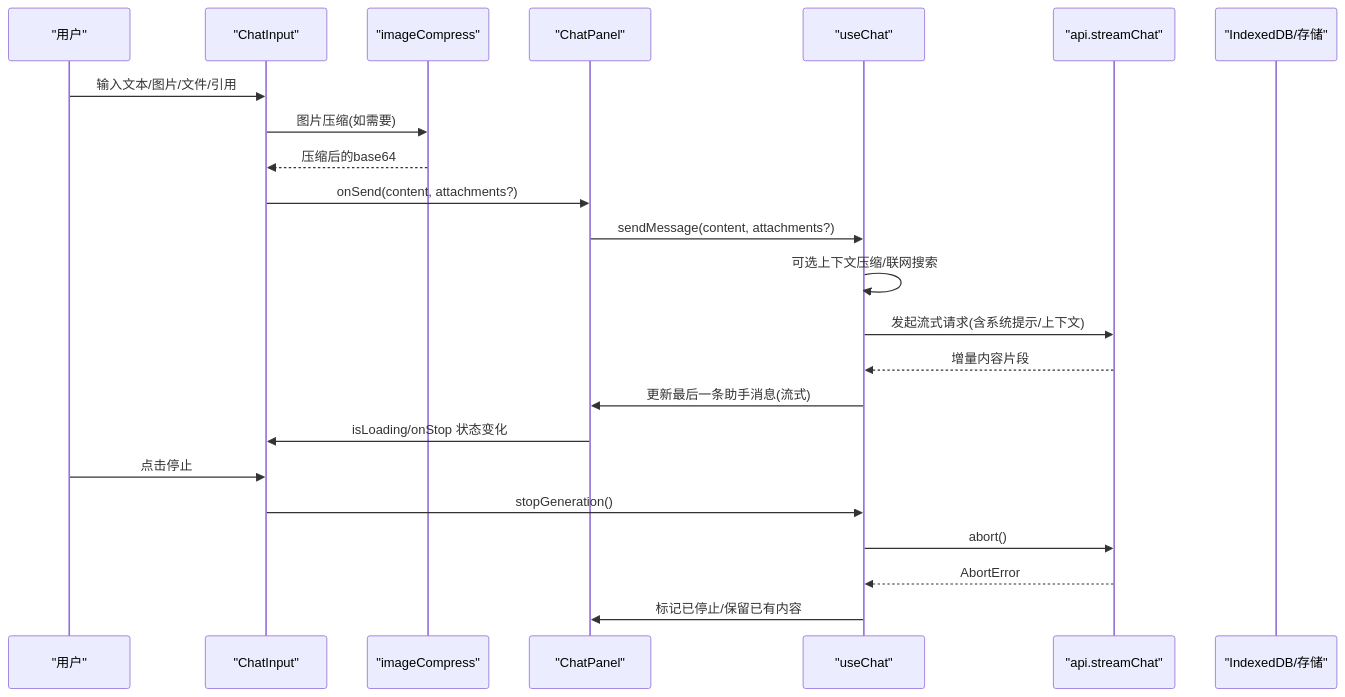
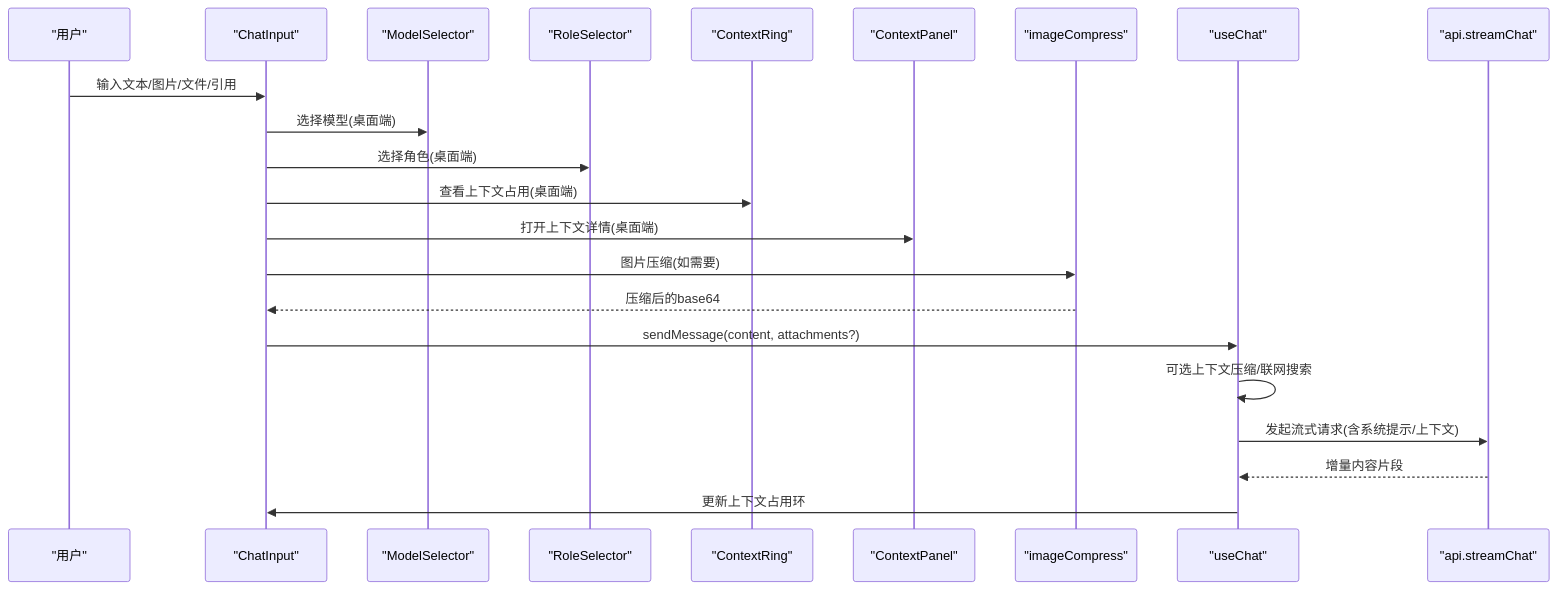
Before and after one commit to billye220670/AIShop: the second of 5 diagrams in .qoder/repowiki/zh/content/聊天模块/聊天输入组件.md, drawn with Mermaid. The commit also changed other lines of this file and 99 other files, not shown here.

````diff
--- a/.qoder/repowiki/zh/content/聊天模块/聊天输入组件.md
+++ b/.qoder/repowiki/zh/content/聊天模块/聊天输入组件.md
@@ -106,25 +141,24 @@
 ```mermaid
 sequenceDiagram
 participant U as "用户"
 participant CI as "ChatInput"
+participant MS as "ModelSelector"
+participant RS as "RoleSelector"
+participant CR as "ContextRing"
+participant CP as "ContextPanel"
 participant IC as "imageCompress"
-participant CP as "ChatPanel"
 participant UC as "useChat"
 participant API as "api.streamChat"
-participant DB as "IndexedDB/存储"
 U->>CI : 输入文本/图片/文件/引用
+CI->>MS : 选择模型(桌面端)
+CI->>RS : 选择角色(桌面端)
+CI->>CR : 查看上下文占用(桌面端)
+CI->>CP : 打开上下文详情(桌面端)
 CI->>IC : 图片压缩(如需要)
 IC-->>CI : 压缩后的base64
-CI->>CP : onSend(content, attachments?)
-CP->>UC : sendMessage(content, attachments?)
+CI->>UC : sendMessage(content, attachments?)
 UC->>UC : 可选上下文压缩/联网搜索
 UC->>API : 发起流式请求(含系统提示/上下文)
 API-->>UC : 增量内容片段
-UC->>CP : 更新最后一条助手消息(流式)
-CP->>CI : isLoading/onStop 状态变化
-U->>CI : 点击停止
-CI->>UC : stopGeneration()
-UC->>API : abort()
-API-->>UC : AbortError
-UC->>CP : 标记已停止/保留已有内容
+UC->>CI : 更新上下文占用环
 ```
````
